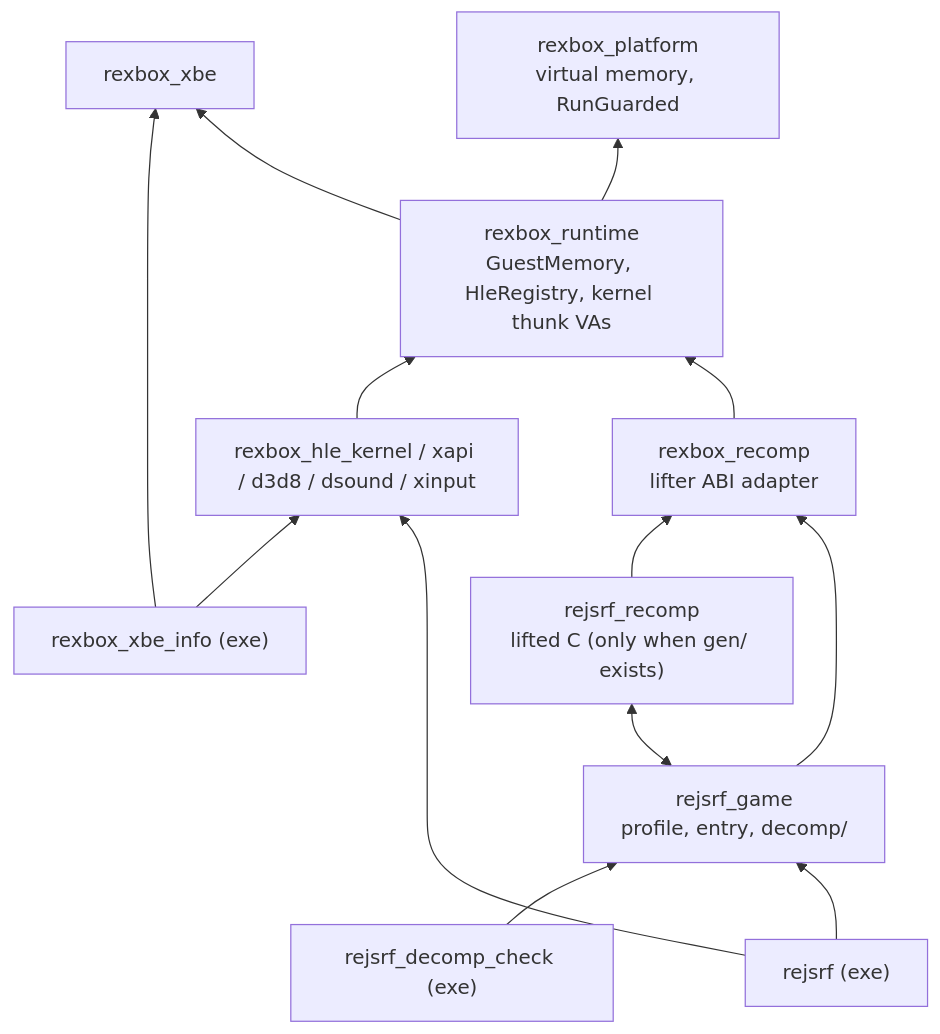
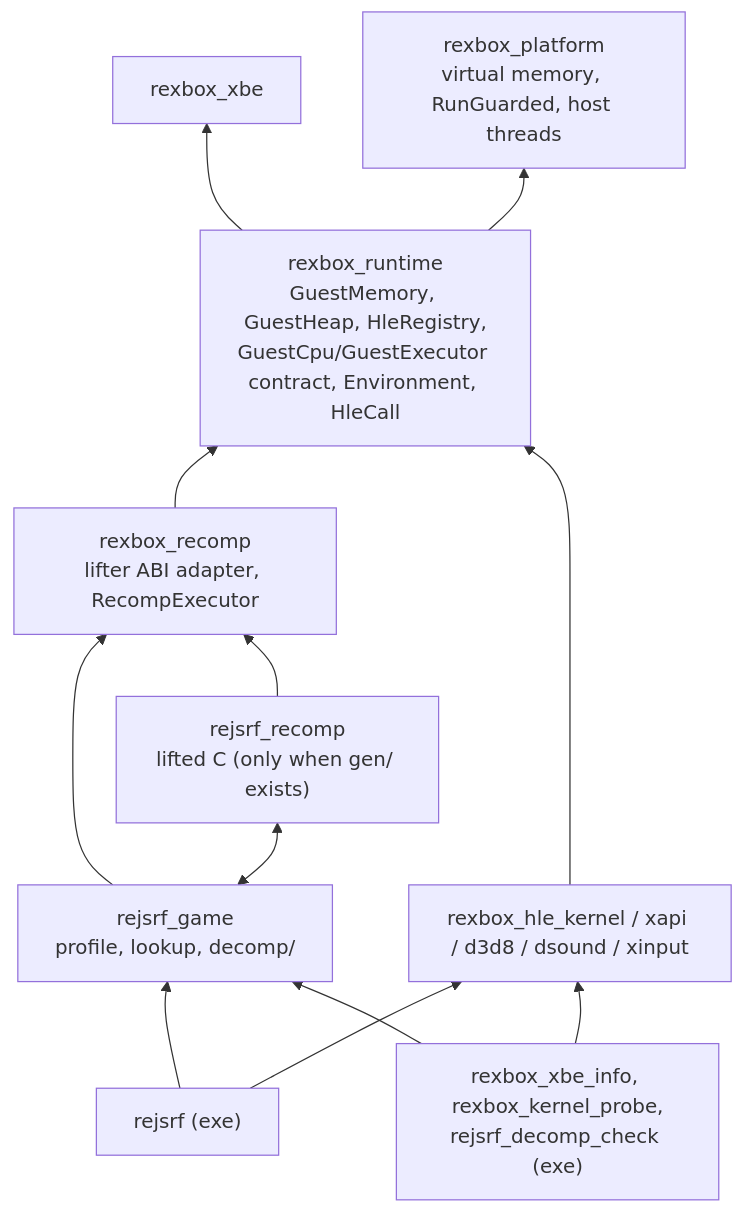
Before and after one commit to nworkers/reJSRF: the first of 3 diagrams in ARCHITECTURE.md, drawn with Mermaid. The commit also changed other lines of this file and 51 other files, not shown here.

First line of the commit message:
Kernel HLE: boot through XAPI init to D3D8's first GPU access (#3)

````diff
--- a/ARCHITECTURE.md
+++ b/ARCHITECTURE.md
@@ -7,26 +7,24 @@
 ```mermaid
 flowchart BT
-    PLAT["rexbox_platform<br/>virtual memory, RunGuarded"]
+    PLAT["rexbox_platform<br/>virtual memory, RunGuarded, host threads"]
     XBE["rexbox_xbe"]
-    RT["rexbox_runtime<br/>GuestMemory, HleRegistry, kernel thunk VAs"]
-    REC["rexbox_recomp<br/>lifter ABI adapter"]
+    RT["rexbox_runtime<br/>GuestMemory, GuestHeap, HleRegistry,<br/>GuestCpu/GuestExecutor contract, Environment, HleCall"]
+    REC["rexbox_recomp<br/>lifter ABI adapter, RecompExecutor"]
     HLE["rexbox_hle_kernel / xapi / d3d8 / dsound / xinput"]
-    GAME["rejsrf_game<br/>profile, entry, decomp/"]
+    GAME["rejsrf_game<br/>profile, lookup, decomp/"]
     GEN["rejsrf_recomp<br/>lifted C (only when gen/ exists)"]
     APP["rejsrf (exe)"]
-    INFO["rexbox_xbe_info (exe)"]
-    CHECK["rejsrf_decomp_check (exe)"]
+    TOOLS["rexbox_xbe_info, rexbox_kernel_probe,<br/>rejsrf_decomp_check (exe)"]
 
     RT --> XBE
     RT --> PLAT
     REC --> RT
     HLE --> RT
     GAME --> REC
     GAME <--> GEN
     GEN --> REC
     APP --> GAME
     APP --> HLE
-    INFO --> XBE
-    INFO --> HLE
-    CHECK --> GAME
+    TOOLS --> HLE
+    TOOLS --> GAME
 ```
````
